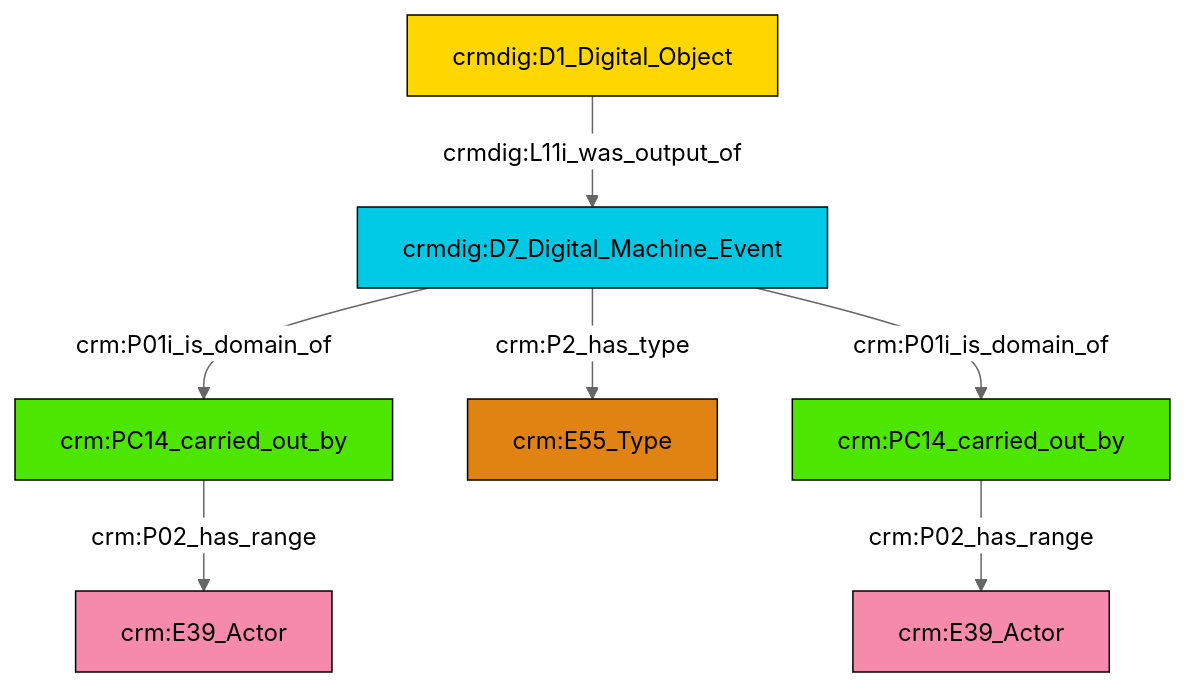
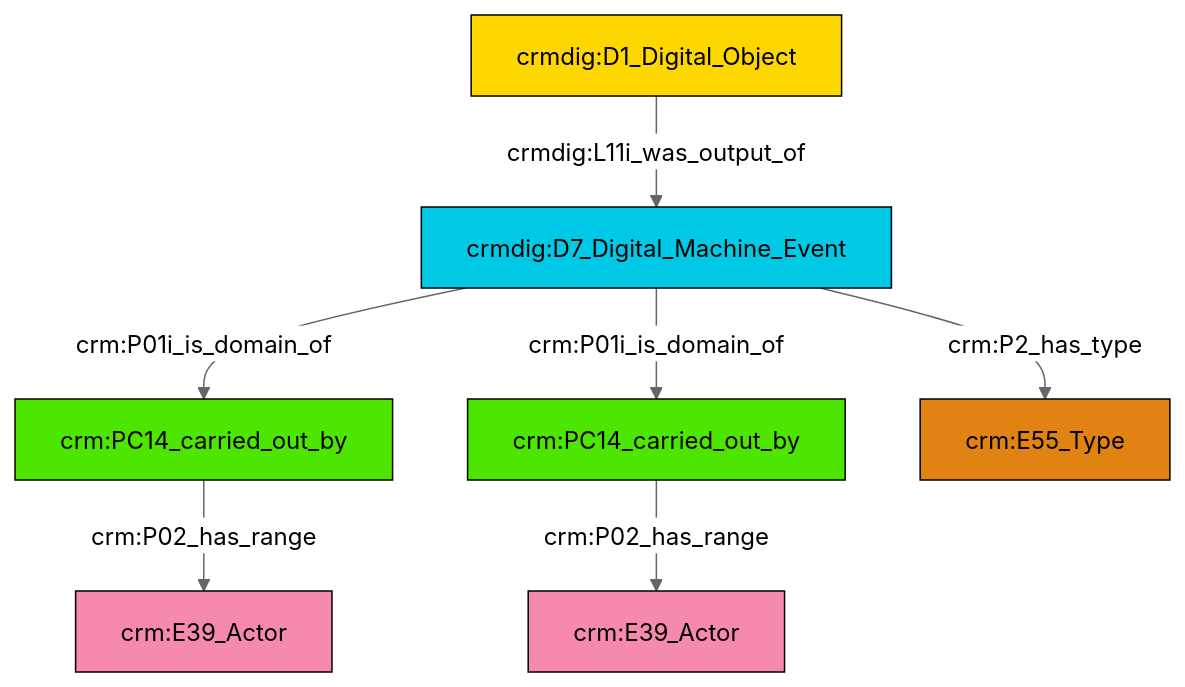
Before and after one commit to swiss-art-research-net/docs.swissartresearch: the diagram in et/doCSV/ttl/mmd/do_actor_relations.ttl.mmd, drawn with Mermaid (neutral theme). The commit also changed 173 other files, not shown here.

```diff
--- a/et/doCSV/ttl/mmd/do_actor_relations.ttl.mmd
+++ b/et/doCSV/ttl/mmd/do_actor_relations.ttl.mmd
@@ -1,21 +1,21 @@
 graph TD
 classDef Literal fill:#f2f2f2,stroke:#000000;
 classDef CRM_Entity fill:#FFFFFF,stroke:#000000;
 classDef Temporal_Entity fill:#00C9E6, stroke:#000000;
 classDef Type fill:#E18312, stroke:#000000;
 classDef Time-Span fill:#2C9C91, stroke:#000000;
 classDef Appellation fill:#FFEB7F, stroke:#000000;
 classDef Place fill:#008836, stroke:#000000;
 classDef Persistent_Item fill:#B266B2, stroke:#000000;
 classDef Conceptual_Object fill:#FFD700, stroke:#000000;
 classDef Physical_Thing fill:#D2B48C, stroke:#000000;
 classDef Actor fill:#f58aad, stroke:#000000;
 classDef PC_Classes fill:#4ce600, stroke:#000000;
 classDef Multi fill:#cccccc,stroke:#000000;
 
-0["crmdig:D7_Digital_Machine_Event"]:::Temporal_Entity -->|crm:P01i_is_domain_of| 1["crm:PC14_carried_out_by"]:::PC_Classes
-6["crmdig:D1_Digital_Object"]:::Conceptual_Object -->|crmdig:L11i_was_output_of| 0["crmdig:D7_Digital_Machine_Event"]:::Temporal_Entity
-4["crm:PC14_carried_out_by"]:::PC_Classes -->|crm:P02_has_range| 8["crm:E39_Actor"]:::Actor
-0["crmdig:D7_Digital_Machine_Event"]:::Temporal_Entity -->|crm:P01i_is_domain_of| 4["crm:PC14_carried_out_by"]:::PC_Classes
-0["crmdig:D7_Digital_Machine_Event"]:::Temporal_Entity -->|crm:P2_has_type| 2["crm:E55_Type"]:::Type
-1["crm:PC14_carried_out_by"]:::PC_Classes -->|crm:P02_has_range| 13["crm:E39_Actor"]:::Actor
+0["crm:PC14_carried_out_by"]:::PC_Classes -->|crm:P02_has_range| 1["crm:E39_Actor"]:::Actor
+6["crm:PC14_carried_out_by"]:::PC_Classes -->|crm:P02_has_range| 4["crm:E39_Actor"]:::Actor
+9["crmdig:D7_Digital_Machine_Event"]:::Temporal_Entity -->|crm:P01i_is_domain_of| 6["crm:PC14_carried_out_by"]:::PC_Classes
+2["crmdig:D1_Digital_Object"]:::Conceptual_Object -->|crmdig:L11i_was_output_of| 9["crmdig:D7_Digital_Machine_Event"]:::Temporal_Entity
+9["crmdig:D7_Digital_Machine_Event"]:::Temporal_Entity -->|crm:P2_has_type| 7["crm:E55_Type"]:::Type
+9["crmdig:D7_Digital_Machine_Event"]:::Temporal_Entity -->|crm:P01i_is_domain_of| 0["crm:PC14_carried_out_by"]:::PC_Classes
```
